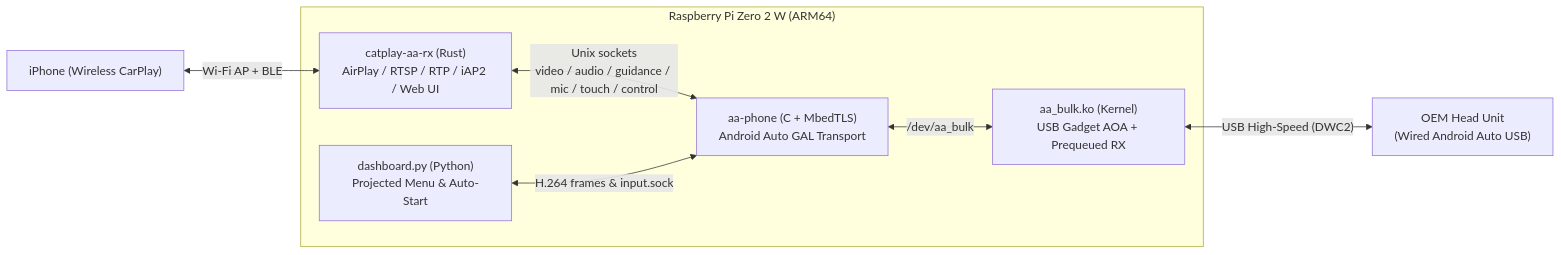
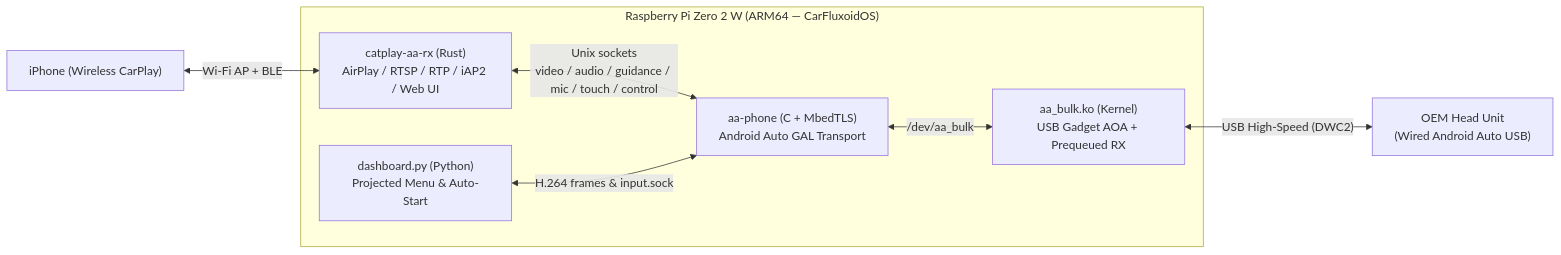
The diagram in README.md (aymene69/CarFluxoid), drawn with Mermaid before and after one commit. The commit also changed other lines of this file and 11 other files, not shown here.

Commit message:
CarFluxoidOS v1.0.0: atomic A/B OS updates (preserves /data), performance/NEON/Wi-Fi freeze fixes, and release docs

````diff
--- a/README.md
+++ b/README.md
@@ -28,17 +93,17 @@
 ```mermaid
 flowchart LR
     iPhone["iPhone (Wireless CarPlay)"]
-    subgraph Pi["Raspberry Pi Zero 2 W (ARM64)"]
+    subgraph Pi["Raspberry Pi Zero 2 W (ARM64 — CarFluxoidOS)"]
         RX["catplay-aa-rx (Rust)<br/>AirPlay / RTSP / RTP / iAP2 / Web UI"]
         UI["dashboard.py (Python)<br/>Projected Menu & Auto-Start"]
         AA["aa-phone (C + MbedTLS)<br/>Android Auto GAL Transport"]
         KMOD["aa_bulk.ko (Kernel)<br/>USB Gadget AOA + Prequeued RX"]
     end
     HU["OEM Head Unit<br/>(Wired Android Auto USB)"]
 
     iPhone <-->|"Wi-Fi AP + BLE"| RX
     RX <-->|"Unix sockets<br/>video / audio / guidance / mic / touch / control"| AA
     UI <-->|"H.264 frames & input.sock"| AA
     AA <-->|"/dev/aa_bulk"| KMOD
     KMOD <-->|"USB High-Speed (DWC2)"| HU
 ```
````
